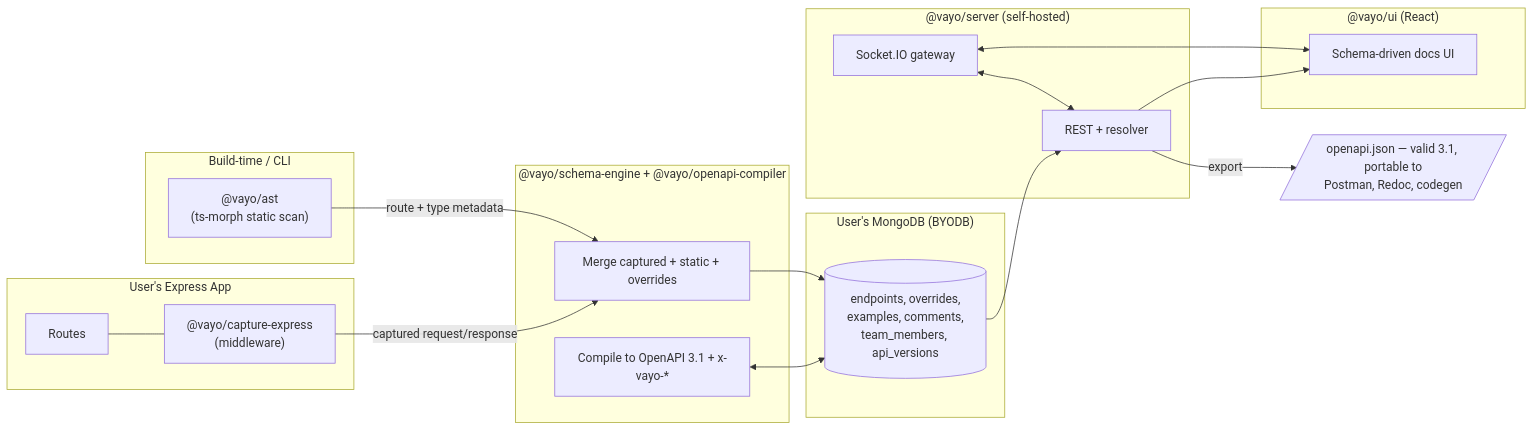
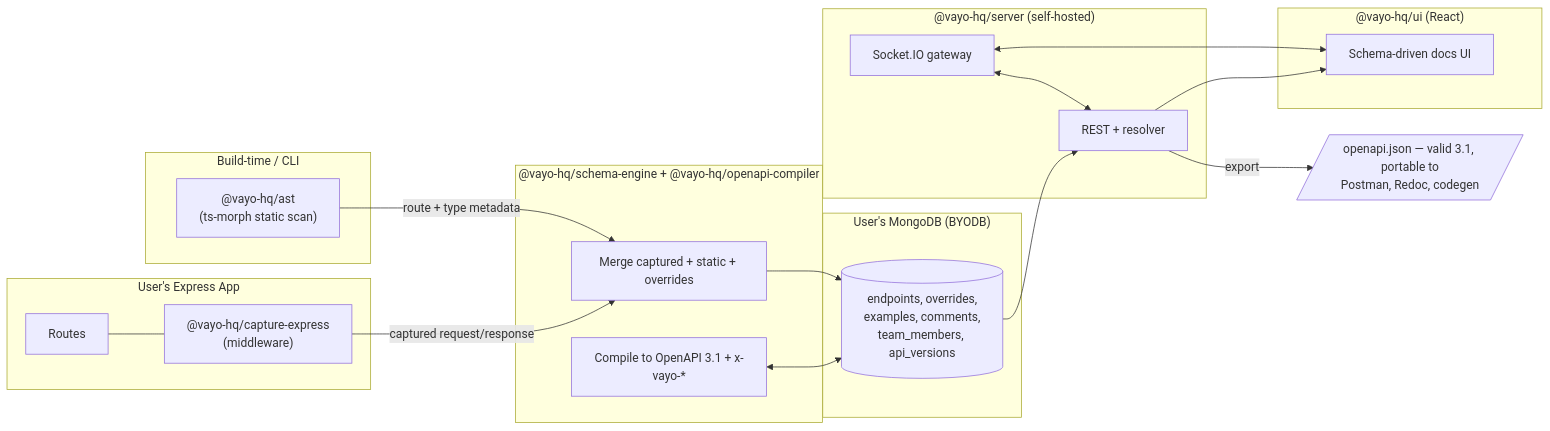
One commit to SayantanCode/vayo changed the first of 3 diagrams in docs/02-architecture.md. Above: the diagram before and after it, drawn with Mermaid. The commit also changed other lines of this file and 181 other files, not shown here.

````diff
--- a/docs/02-architecture.md
+++ b/docs/02-architecture.md
@@ -5,38 +5,38 @@
 ```mermaid
 flowchart LR
     subgraph UserApp["User's Express App"]
-        R[Routes] --- MW["@vayo/capture-express\n(middleware)"]
+        R[Routes] --- MW["@vayo-hq/capture-express\n(middleware)"]
     end
 
     subgraph Static["Build-time / CLI"]
-        AST["@vayo/ast\n(ts-morph static scan)"]
+        AST["@vayo-hq/ast\n(ts-morph static scan)"]
     end
 
-    subgraph Core["@vayo/schema-engine + @vayo/openapi-compiler"]
+    subgraph Core["@vayo-hq/schema-engine + @vayo-hq/openapi-compiler"]
         MERGE[Merge captured + static + overrides]
         COMPILE[Compile to OpenAPI 3.1 + x-vayo-*]
     end
 
     subgraph Store["User's MongoDB (BYODB)"]
         DB[(endpoints, overrides,\nexamples, comments,\nteam_members, api_versions)]
     end
 
-    subgraph Serve["@vayo/server (self-hosted)"]
+    subgraph Serve["@vayo-hq/server (self-hosted)"]
         API[REST + resolver]
         WS[Socket.IO gateway]
     end
 
-    subgraph Client["@vayo/ui (React)"]
+    subgraph Client["@vayo-hq/ui (React)"]
         UI[Schema-driven docs UI]
     end
 
     MW -->|captured request/response| MERGE
     AST -->|route + type metadata| MERGE
     MERGE --> DB
     COMPILE <--> DB
     DB --> API
     API --> UI
     WS <--> UI
     WS <--> API
     API -->|export| SPEC[/openapi.json — valid 3.1, portable to\nPostman, Redoc, codegen/]
 ```
````
